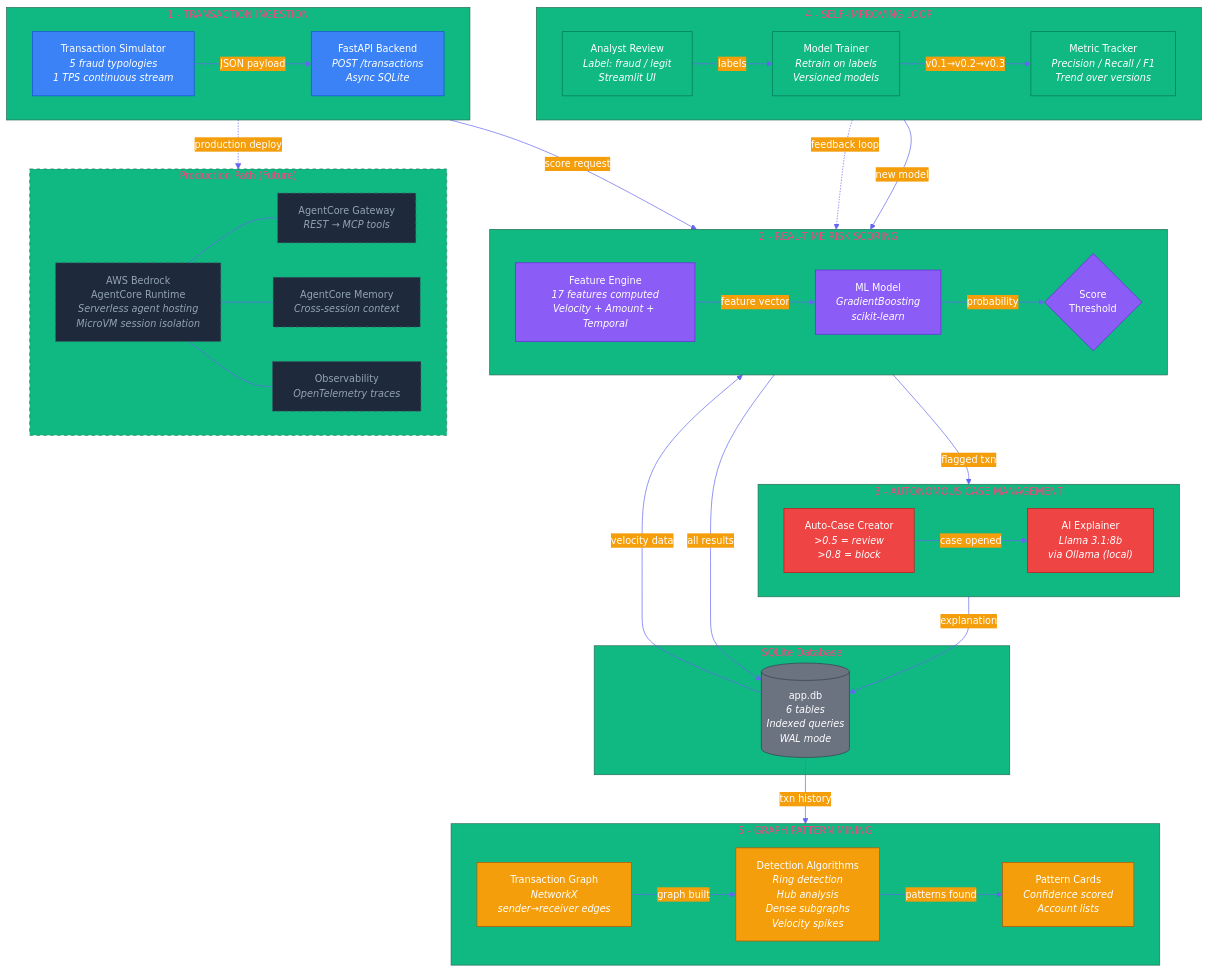
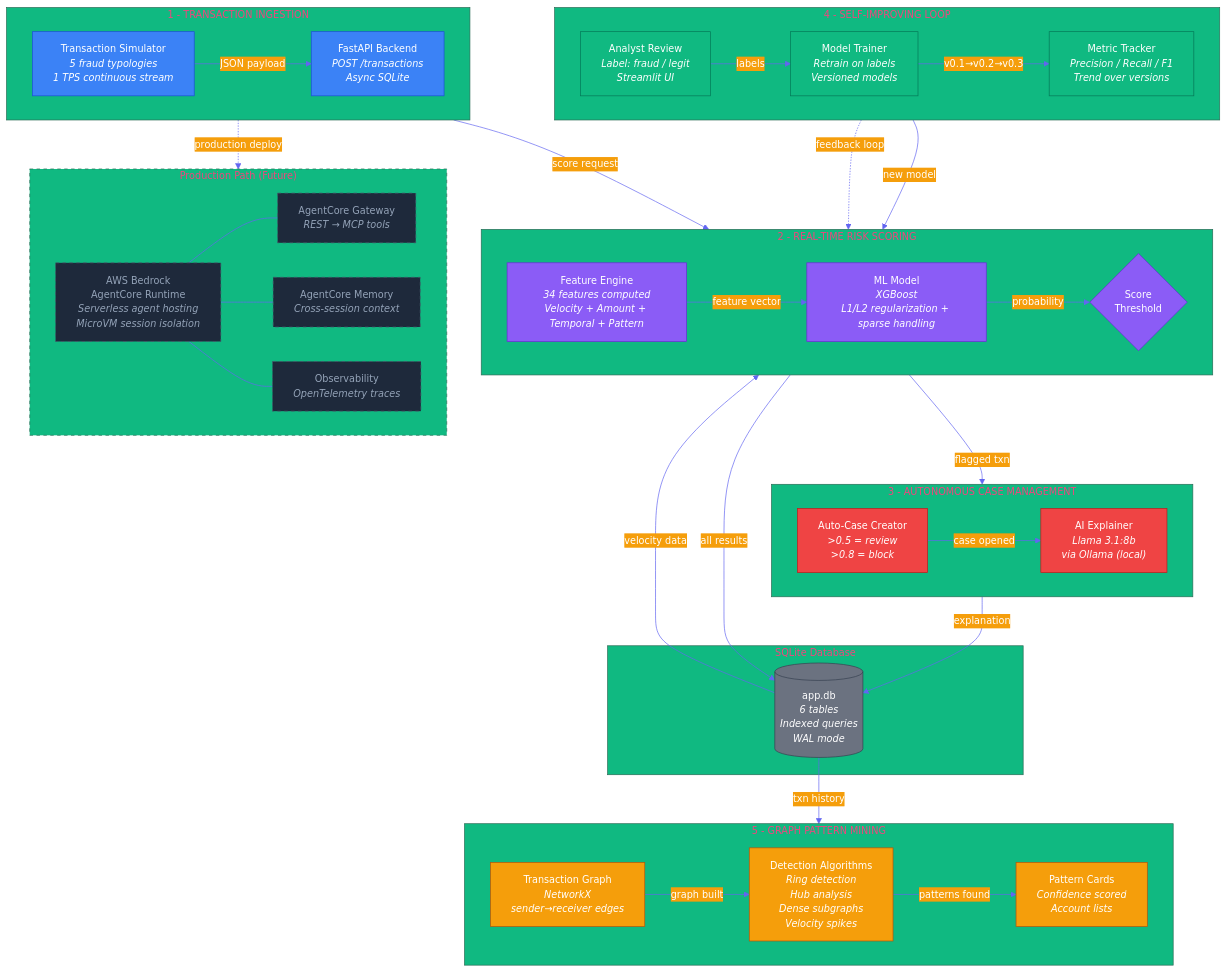
One commit to naqeebali-shamsi/deriv-ai-sprint-feb-2026 changed the diagram in docs/ARCHITECTURE.mmd. Above: the diagram before and after it, drawn with Mermaid. The commit also changed 35 other files, not shown here.

```diff
--- a/docs/ARCHITECTURE.mmd
+++ b/docs/ARCHITECTURE.mmd
@@ -1,89 +1,89 @@
 %%{ init: { 'theme': 'base', 'themeVariables': { 'primaryColor': '#4F46E5', 'primaryTextColor': '#fff', 'primaryBorderColor': '#3730A3', 'lineColor': '#6366F1', 'secondaryColor': '#F59E0B', 'tertiaryColor': '#10B981', 'background': '#FAFAFA', 'fontSize': '14px' } } }%%
 
 graph TB
     subgraph INGEST["1 - TRANSACTION INGESTION"]
         direction LR
         SIM["Transaction Simulator<br/><i>5 fraud typologies</i><br/><i>1 TPS continuous stream</i>"]
         API["FastAPI Backend<br/><i>POST /transactions</i><br/><i>Async SQLite</i>"]
         SIM -->|"JSON payload"| API
     end
 
     subgraph SCORE["2 - REAL-TIME RISK SCORING"]
         direction LR
-        FE["Feature Engine<br/><i>17 features computed</i><br/><i>Velocity + Amount + Temporal</i>"]
-        ML["ML Model<br/><i>GradientBoosting</i><br/><i>scikit-learn</i>"]
+        FE["Feature Engine<br/><i>34 features computed</i><br/><i>Velocity + Amount + Temporal + Pattern</i>"]
+        ML["ML Model<br/><i>XGBoost</i><br/><i>L1/L2 regularization + sparse handling</i>"]
         DEC{"Score<br/>Threshold"}
         FE -->|"feature vector"| ML
         ML -->|"probability"| DEC
     end
 
     subgraph CASE["3 - AUTONOMOUS CASE MANAGEMENT"]
         direction LR
         AUTO["Auto-Case Creator<br/><i>>0.5 = review</i><br/><i>>0.8 = block</i>"]
         LLM["AI Explainer<br/><i>Llama 3.1:8b</i><br/><i>via Ollama (local)</i>"]
         AUTO -->|"case opened"| LLM
     end
 
     subgraph LEARN["4 - SELF-IMPROVING LOOP"]
         direction LR
         ANALYST["Analyst Review<br/><i>Label: fraud / legit</i><br/><i>Streamlit UI</i>"]
         TRAIN["Model Trainer<br/><i>Retrain on labels</i><br/><i>Versioned models</i>"]
         METRICS["Metric Tracker<br/><i>Precision / Recall / F1</i><br/><i>Trend over versions</i>"]
         ANALYST -->|"labels"| TRAIN
         TRAIN -->|"v0.1→v0.2→v0.3"| METRICS
     end
 
     subgraph PATTERNS["5 - GRAPH PATTERN MINING"]
         direction LR
         GRAPH["Transaction Graph<br/><i>NetworkX</i><br/><i>sender→receiver edges</i>"]
         ALGOS["Detection Algorithms<br/><i>Ring detection</i><br/><i>Hub analysis</i><br/><i>Dense subgraphs</i><br/><i>Velocity spikes</i>"]
         CARDS["Pattern Cards<br/><i>Confidence scored</i><br/><i>Account lists</i>"]
         GRAPH -->|"graph built"| ALGOS
         ALGOS -->|"patterns found"| CARDS
     end
 
     subgraph STORE["SQLite Database"]
         DB[("app.db<br/><i>6 tables</i><br/><i>Indexed queries</i><br/><i>WAL mode</i>")]
     end
 
     subgraph PROD["Production Path (Future)"]
         direction LR
         style PROD stroke-dasharray: 5 5
         AC["AWS Bedrock<br/>AgentCore Runtime<br/><i>Serverless agent hosting</i><br/><i>MicroVM session isolation</i>"]
         GW["AgentCore Gateway<br/><i>REST → MCP tools</i>"]
         MEM["AgentCore Memory<br/><i>Cross-session context</i>"]
         OBS["Observability<br/><i>OpenTelemetry traces</i>"]
         AC --- GW
         AC --- MEM
         AC --- OBS
     end
 
     %% Main flow
     API -->|"score request"| FE
     DEC -->|"flagged txn"| AUTO
     DEC -->|"all results"| DB
     LLM -->|"explanation"| DB
     TRAIN -->|"new model"| ML
     DB -->|"txn history"| GRAPH
     DB -->|"velocity data"| FE
     ANALYST -.->|"feedback loop"| ML
 
     %% Production path link (dashed = future)
     API -.->|"production deploy"| AC
 
     %% Styling
     classDef ingestStyle fill:#3B82F6,stroke:#1D4ED8,color:#fff
     classDef scoreStyle fill:#8B5CF6,stroke:#6D28D9,color:#fff
     classDef caseStyle fill:#EF4444,stroke:#B91C1C,color:#fff
     classDef learnStyle fill:#10B981,stroke:#047857,color:#fff
     classDef patternStyle fill:#F59E0B,stroke:#B45309,color:#fff
     classDef storeStyle fill:#6B7280,stroke:#374151,color:#fff
     classDef prodStyle fill:#1e293b,stroke:#475569,color:#94a3b8,stroke-dasharray: 5 5
 
     class SIM,API ingestStyle
     class FE,ML,DEC scoreStyle
     class AUTO,LLM caseStyle
     class ANALYST,TRAIN,METRICS learnStyle
     class GRAPH,ALGOS,CARDS patternStyle
     class DB storeStyle
     class AC,GW,MEM,OBS prodStyle
```
